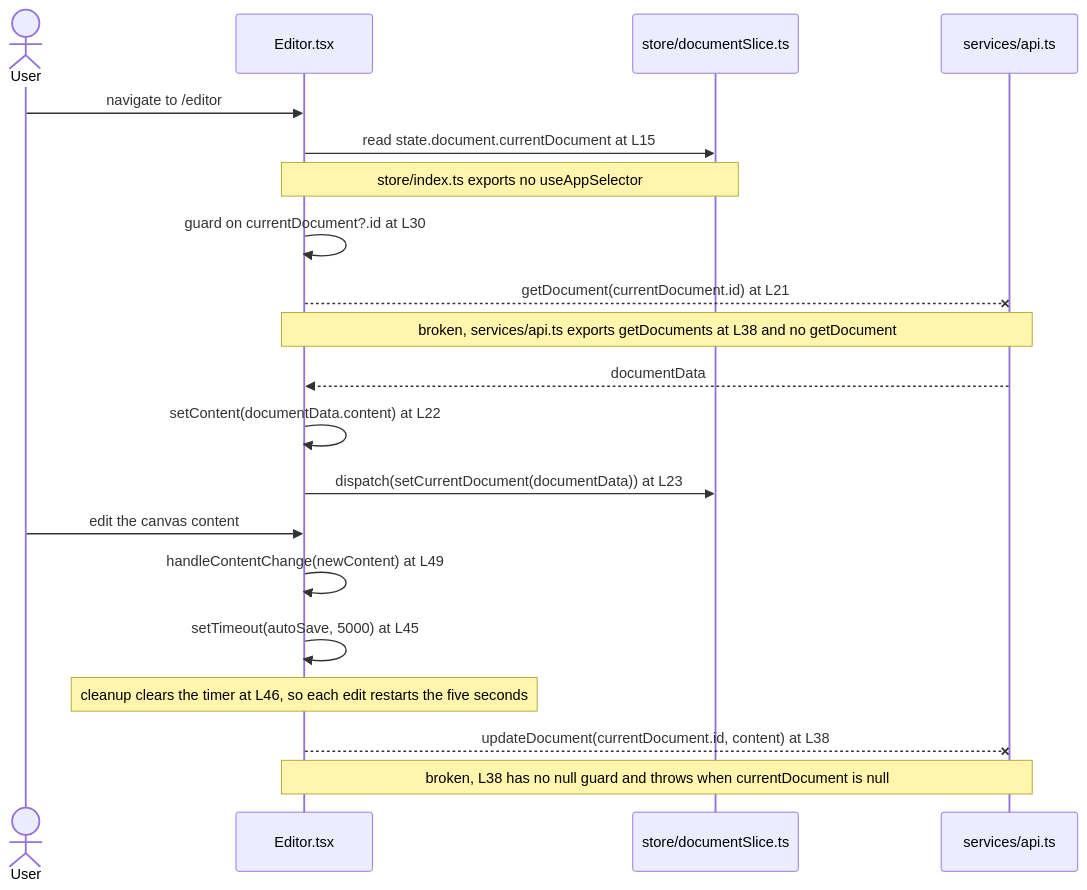
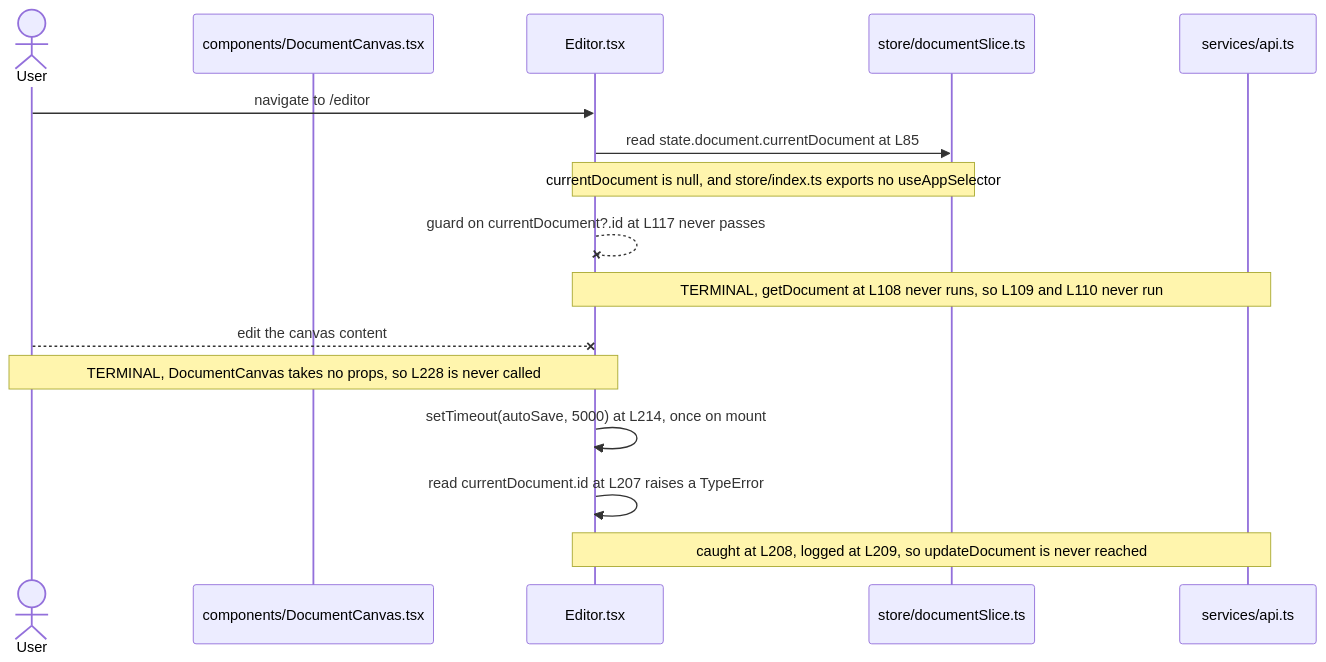
Before and after one commit to blitzy-public-samples/microsoft-word-u33ko0: the diagram in frontend/src/pages/README.md, drawn with Mermaid. The commit also changed other lines of this file and 53 other files, not shown here.

````diff
--- a/frontend/src/pages/README.md
+++ b/frontend/src/pages/README.md
@@ -123,24 +119,20 @@
 ```mermaid
 sequenceDiagram
     actor User
+    participant Canvas as components/DocumentCanvas.tsx
     participant Page as Editor.tsx
     participant Store as store/documentSlice.ts
     participant API as services/api.ts
 
     User->>Page: navigate to /editor
-    Page->>Store: read state.document.currentDocument at L15
-    Note over Page,Store: store/index.ts exports no useAppSelector
-    Page->>Page: guard on currentDocument?.id at L30
-    Page--x API: getDocument(currentDocument.id) at L21
-    Note over Page,API: broken, services/api.ts exports getDocuments at L38 and no getDocument
-    API-->>Page: documentData
-    Page->>Page: setContent(documentData.content) at L22
-    Page->>Store: dispatch(setCurrentDocument(documentData)) at L23
+    Page->>Store: read state.document.currentDocument at L85
+    Note over Page,Store: currentDocument is null, and store/index.ts exports no useAppSelector
+    Page--xPage: guard on currentDocument?.id at L117 never passes
+    Note over Page,API: TERMINAL, getDocument at L108 never runs, so L109 and L110 never run
 
-    User->>Page: edit the canvas content
-    Page->>Page: handleContentChange(newContent) at L49
-    Page->>Page: setTimeout(autoSave, 5000) at L45
-    Note over Page: cleanup clears the timer at L46, so each edit restarts the five seconds
-    Page--x API: updateDocument(currentDocument.id, content) at L38
-    Note over Page,API: broken, L38 has no null guard and throws when currentDocument is null
+    User--xPage: edit the canvas content
+    Note over User,Page: TERMINAL, DocumentCanvas takes no props, so L228 is never called
+    Page->>Page: setTimeout(autoSave, 5000) at L214, once on mount
+    Page->>Page: read currentDocument.id at L207 raises a TypeError
+    Note over Page,API: caught at L208, logged at L209, so updateDocument is never reached
 ```
````
